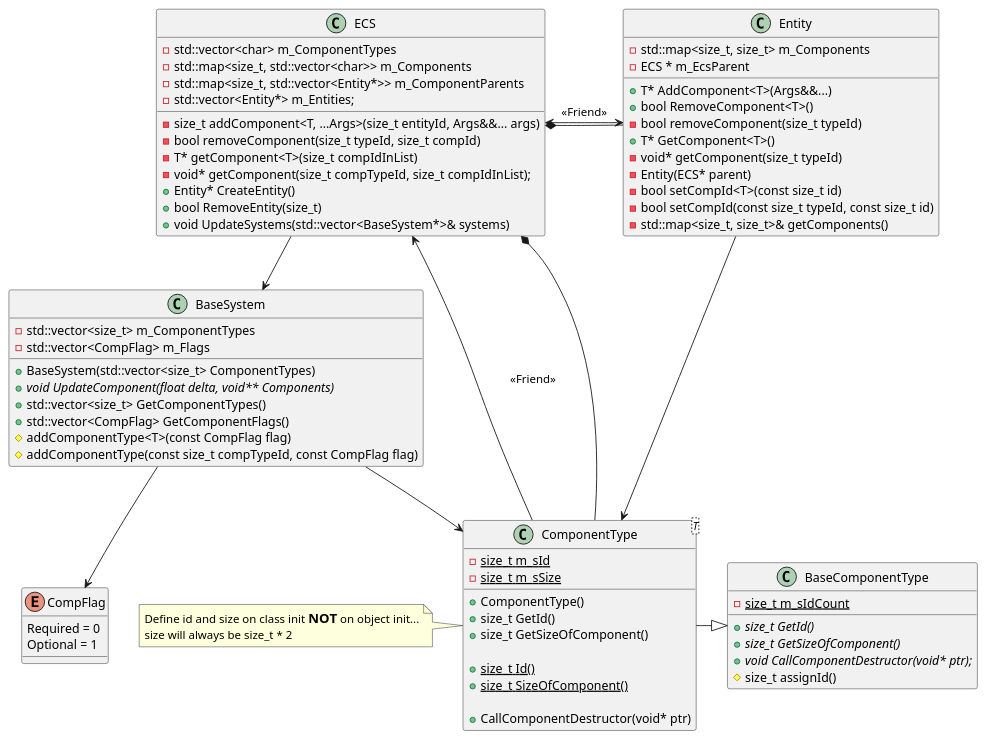
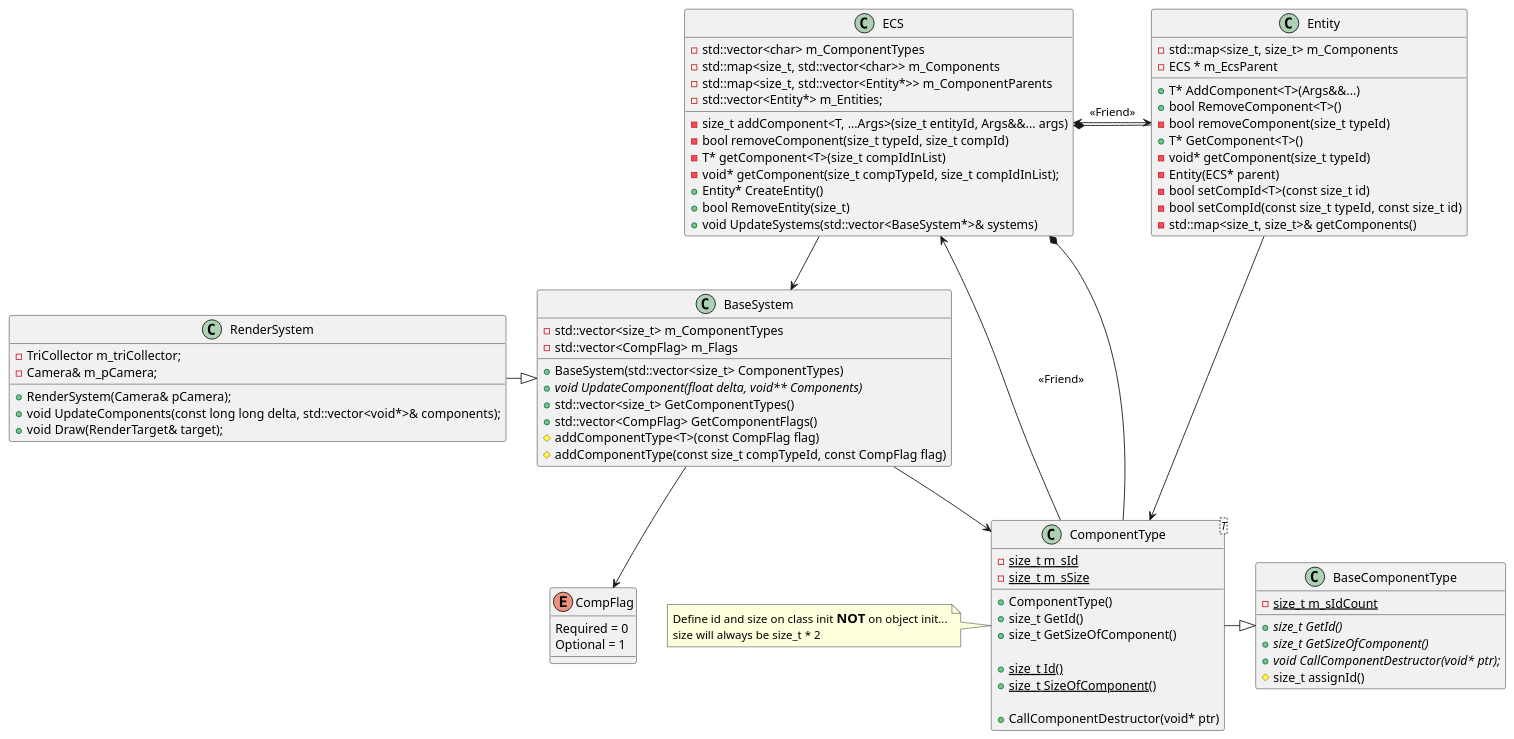
The diagram in FryEngine/src/FryEngine/ECS/Documentation/UML.plantuml (Schtekt/FryEngine), drawn with PlantUML before and after one commit. The commit also changed 1 other file, not shown here.

Commit message:
Add RenderSystem documentation

```diff
--- a/FryEngine/src/FryEngine/ECS/Documentation/UML.plantuml
+++ b/FryEngine/src/FryEngine/ECS/Documentation/UML.plantuml
@@ -1,95 +1,105 @@
 @startuml ECS
 class ECS 
 {
     - std::vector<char> m_ComponentTypes
     - std::map<size_t, std::vector<char>> m_Components
     - std::map<size_t, std::vector<Entity*>> m_ComponentParents
     - std::vector<Entity*> m_Entities;
  
     - size_t addComponent<T, ...Args>(size_t entityId, Args&&... args)
     - bool removeComponent(size_t typeId, size_t compId)
     - T* getComponent<T>(size_t compIdInList)
     - void* getComponent(size_t compTypeId, size_t compIdInList);
     + Entity* CreateEntity()
     + bool RemoveEntity(size_t)
     + void UpdateSystems(std::vector<BaseSystem*>& systems)
 }
 
 class BaseComponentType 
 {
     +{abstract}size_t GetId()
     +{abstract}size_t GetSizeOfComponent()
     +{abstract}void CallComponentDestructor(void* ptr);
     # size_t assignId()
     -{static} size_t m_sIdCount
 }
 
 class ComponentType<T>
 {
     +ComponentType()
     +size_t GetId()
     +size_t GetSizeOfComponent()
     
     +{static} size_t Id()
     +{static} size_t SizeOfComponent()
 
     +CallComponentDestructor(void* ptr)
 
     -{static} size_t m_sId
     -{static} size_t m_sSize
 }
 
 class Entity
 {
     -std::map<size_t, size_t> m_Components
     -ECS * m_EcsParent
 
     +T* AddComponent<T>(Args&&...)
     +bool RemoveComponent<T>()
     -bool removeComponent(size_t typeId)
     +T* GetComponent<T>()
     -void* getComponent(size_t typeId)
     -Entity(ECS* parent)
     -bool setCompId<T>(const size_t id)
     -bool setCompId(const size_t typeId, const size_t id)
     -std::map<size_t, size_t>& getComponents()
 }
 
 class BaseSystem
 {
     +BaseSystem(std::vector<size_t> ComponentTypes)
     +{abstract} void UpdateComponent(float delta, void** Components)
     + std::vector<size_t> GetComponentTypes()
     + std::vector<CompFlag> GetComponentFlags()
 
     - std::vector<size_t> m_ComponentTypes
     - std::vector<CompFlag> m_Flags
     # addComponentType<T>(const CompFlag flag)
     # addComponentType(const size_t compTypeId, const CompFlag flag)
 }
 
 enum CompFlag
 {
     Required = 0
     Optional = 1
 }
 
+class RenderSystem
+{
+	+RenderSystem(Camera& pCamera);
+	+void UpdateComponents(const long long delta, std::vector<void*>& components);
+	+void Draw(RenderTarget& target);
+	-TriCollector m_triCollector;
+	-Camera& m_pCamera;
+}
+
 
 note left of ComponentType
     Define id and size on class init <size:15><b>NOT</b></size> on object init...
     size will always be size_t * 2
 end note
 
 
 
 
 ComponentType -|> BaseComponentType
 ECS *- Entity
 ECS <--> Entity : <<Friend>>
 ECS <-- ComponentType : <<Friend>>
 ECS *- ComponentType
 ECS --> BaseSystem
 BaseSystem --> ComponentType
 BaseSystem --> CompFlag
 Entity -> ComponentType
+RenderSystem -|> BaseSystem
 @enduml
```
